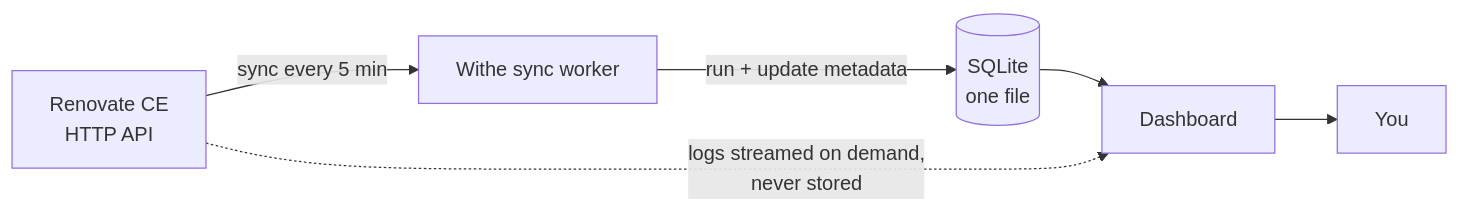
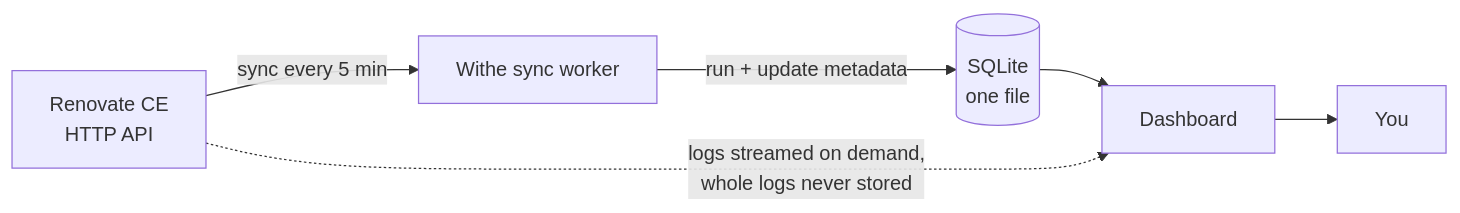
The diagram in README.md (schubydoo/withe), drawn with Mermaid before and after one commit. The commit also changed other lines of this file and 25 other files, not shown here.

````diff
--- a/README.md
+++ b/README.md
@@ -32,8 +32,8 @@
 ```mermaid
 graph LR
     R[Renovate CE<br/>HTTP API] -->|sync every 5 min| W[Withe sync worker]
     W -->|run + update metadata| DB[(SQLite<br/>one file)]
     DB --> UI[Dashboard]
-    R -.->|logs streamed on demand,<br/>never stored| UI
+    R -.->|logs streamed on demand,<br/>whole logs never stored| UI
     UI --> You
 ```
````
